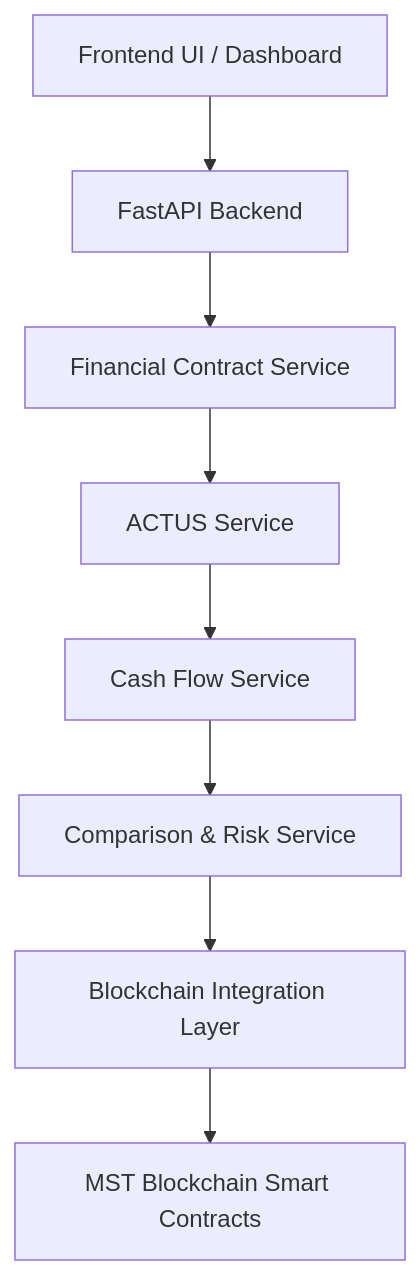
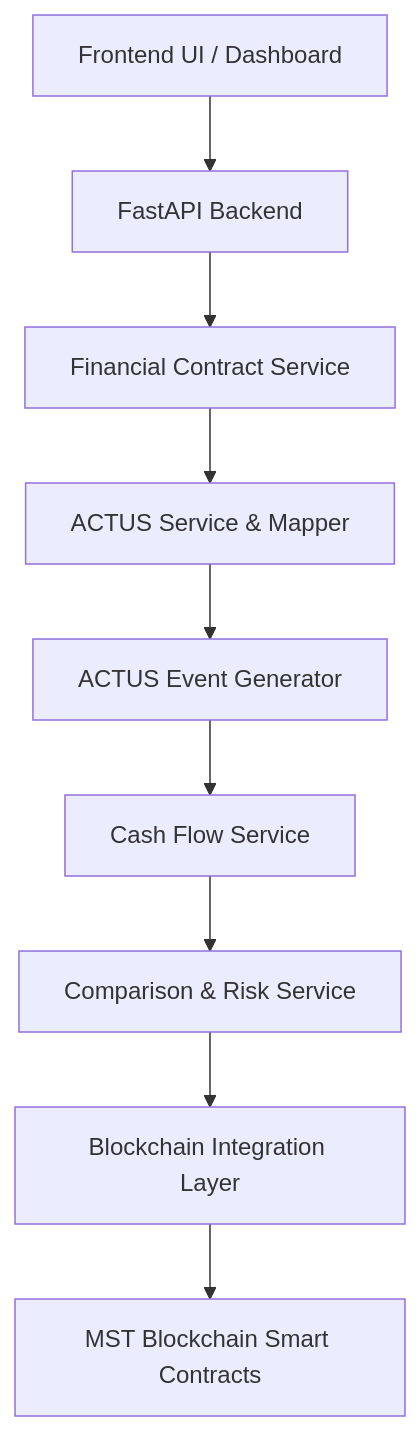
Before and after one commit to Madhan06-S/Actus_Blockchain: the first of 2 diagrams in docs/architecture.md, drawn with Mermaid. The commit also changed other lines of this file and 42 other files, not shown here.

````diff
--- a/docs/architecture.md
+++ b/docs/architecture.md
@@ -11,10 +11,11 @@
 ```mermaid
 flowchart TD
     A[Frontend UI / Dashboard] --> B[FastAPI Backend]
     B --> C[Financial Contract Service]
-    C --> D[ACTUS Service]
-    D --> E[Cash Flow Service]
-    E --> F[Comparison & Risk Service]
-    F --> G[Blockchain Integration Layer]
-    G --> H[MST Blockchain Smart Contracts]
+    C --> D[ACTUS Service & Mapper]
+    D --> E[ACTUS Event Generator]
+    E --> F[Cash Flow Service]
+    F --> G[Comparison & Risk Service]
+    G --> H[Blockchain Integration Layer]
+    H --> I[MST Blockchain Smart Contracts]
 ```
````
